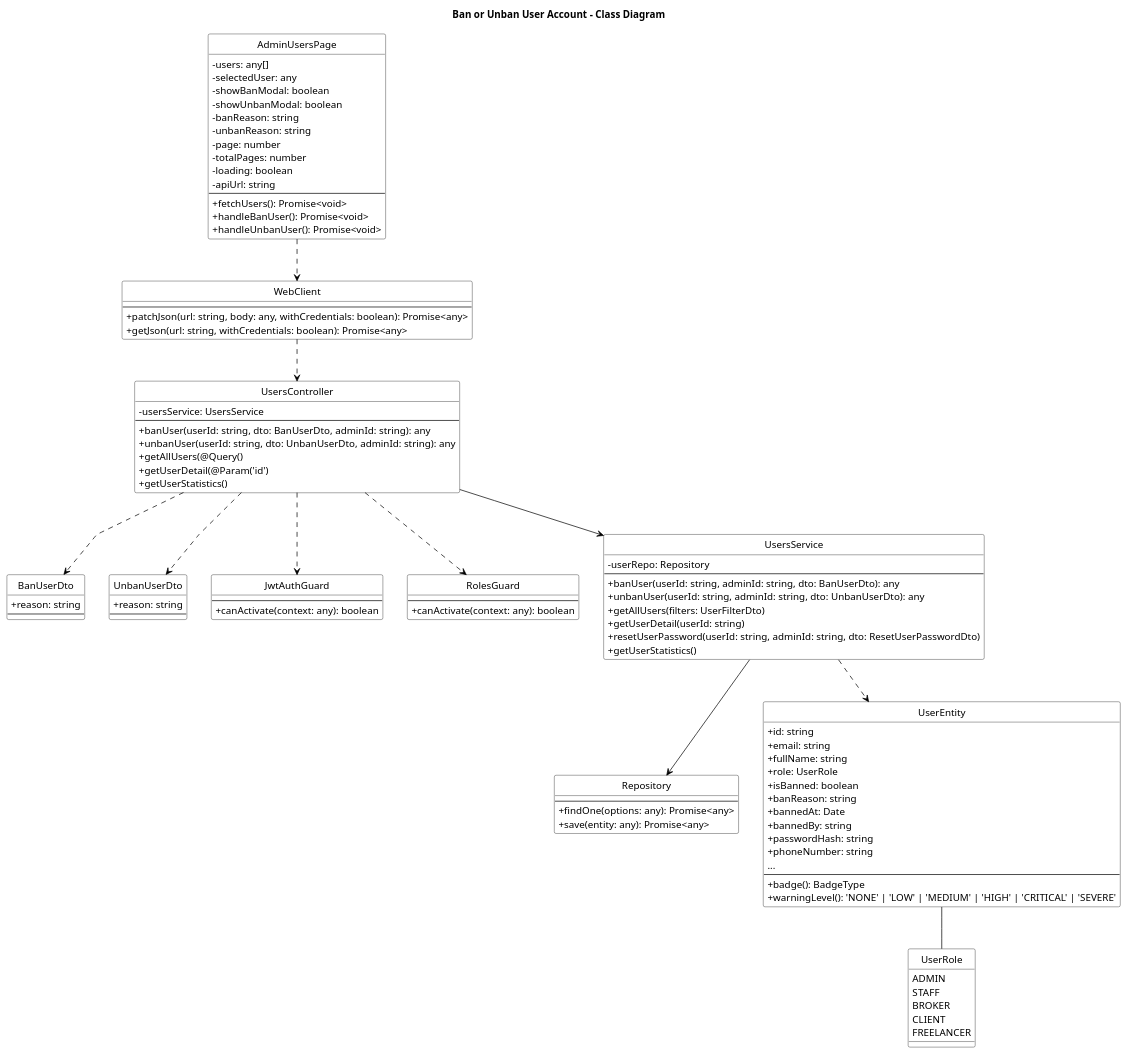
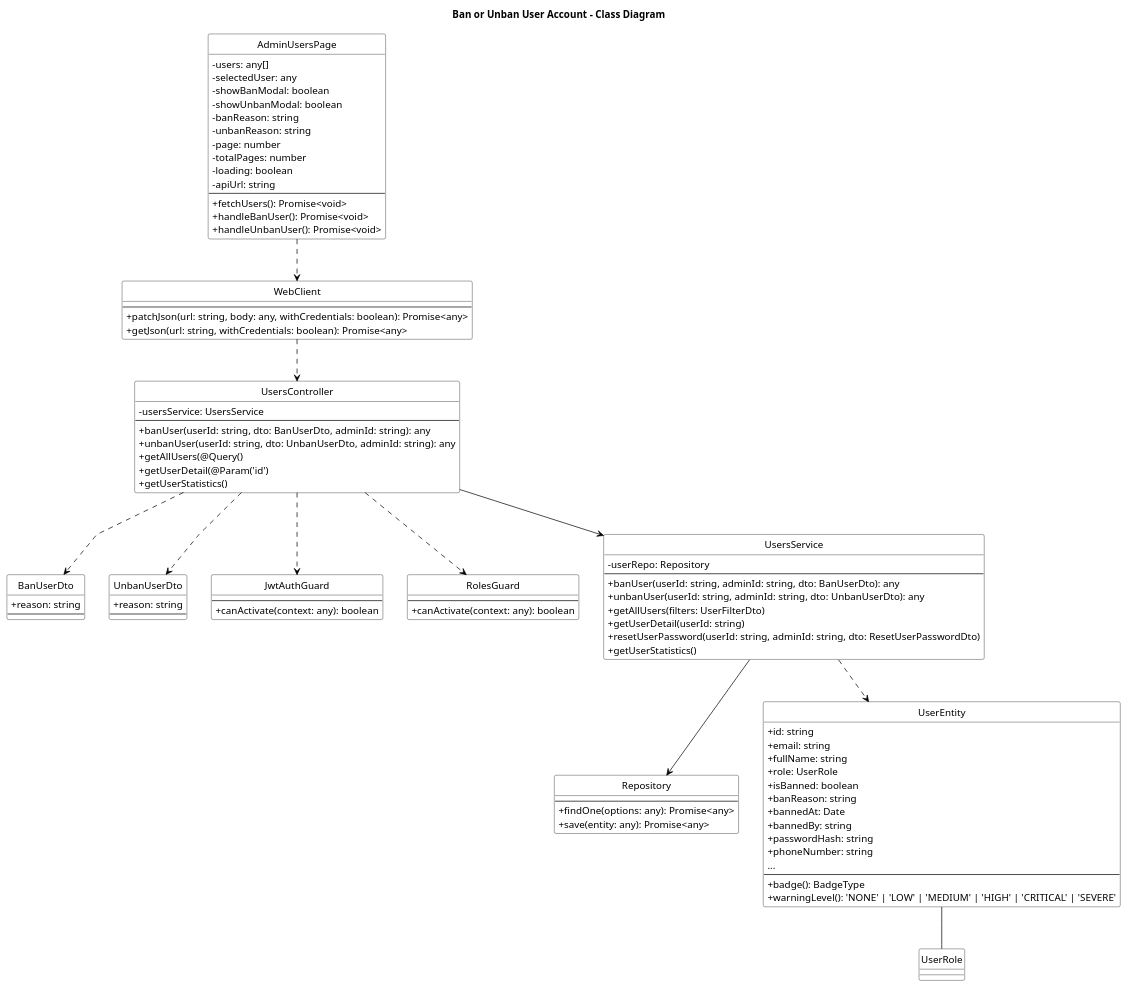
Before and after one commit to bangdcce/SEP492-Project: the diagram in diagram/class_diagrams/ban_unban_user_account_class_diagram_compact.puml, drawn with PlantUML. The commit also changed 40 other files, not shown here.

```diff
--- a/diagram/class_diagrams/ban_unban_user_account_class_diagram_compact.puml
+++ b/diagram/class_diagrams/ban_unban_user_account_class_diagram_compact.puml
@@ -1,123 +1,116 @@
 @startuml Ban_Unban_User_Account_Class_Diagram
 title Ban or Unban User Account - Class Diagram
 skinparam backgroundColor white
 skinparam monochrome true
 skinparam defaultFontColor black
 skinparam ArrowColor black
 skinparam classBorderColor black
 skinparam classFontColor black
 skinparam classBackgroundColor white
 skinparam stereotypeFontColor black
 skinparam linetype polyline
 skinparam classAttributeIconSize 0
 hide circle
 
 skinparam classHeaderBackgroundColor white
 skinparam classHeaderFontColor black
 
 class BanUserDto {
     + reason: string
     --
 }
 
 class UnbanUserDto {
     + reason: string
     --
 }
 
 class AdminUsersPage {
     - users: any[]
     - selectedUser: any
     - showBanModal: boolean
     - showUnbanModal: boolean
     - banReason: string
     - unbanReason: string
     - page: number
     - totalPages: number
     - loading: boolean
     - apiUrl: string
     --
     + fetchUsers(): Promise<void>
     + handleBanUser(): Promise<void>
     + handleUnbanUser(): Promise<void>
 }
 
 class WebClient {
     --
     + patchJson(url: string, body: any, withCredentials: boolean): Promise<any>
     + getJson(url: string, withCredentials: boolean): Promise<any>
 }
 
 class JwtAuthGuard {
     --
     + canActivate(context: any): boolean
 }
 
 class RolesGuard {
     --
     + canActivate(context: any): boolean
 }
 
 class UsersController {
     - usersService: UsersService
     --
     + banUser(userId: string, dto: BanUserDto, adminId: string): any
     + unbanUser(userId: string, dto: UnbanUserDto, adminId: string): any
     + getAllUsers(@Query()
     + getUserDetail(@Param('id')
     + getUserStatistics()
 }
 
 class Repository {
     --
     + findOne(options: any): Promise<any>
     + save(entity: any): Promise<any>
 }
 
 class UsersService {
     - userRepo: Repository
     --
     + banUser(userId: string, adminId: string, dto: BanUserDto): any
     + unbanUser(userId: string, adminId: string, dto: UnbanUserDto): any
     + getAllUsers(filters: UserFilterDto)
     + getUserDetail(userId: string)
     + resetUserPassword(userId: string, adminId: string, dto: ResetUserPasswordDto)
     + getUserStatistics()
 }
 
 class UserEntity {
     + id: string
     + email: string
     + fullName: string
     + role: UserRole
     + isBanned: boolean
     + banReason: string
     + bannedAt: Date
     + bannedBy: string
     + passwordHash: string
     + phoneNumber: string
     ...
     --
     + badge(): BadgeType
     + warningLevel(): 'NONE' | 'LOW' | 'MEDIUM' | 'HIGH' | 'CRITICAL' | 'SEVERE'
 }
 
-enum UserRole {
-    ADMIN
-    STAFF
-    BROKER
-    CLIENT
-    FREELANCER
-}
 
 AdminUsersPage ..> WebClient
 WebClient ..> UsersController
 UsersController ..> JwtAuthGuard
 UsersController ..> RolesGuard
 UsersController --> UsersService
 UsersController ..> BanUserDto
 UsersController ..> UnbanUserDto
 UsersService --> Repository
 UsersService ..> UserEntity
 UserEntity -- UserRole
 @enduml
```
